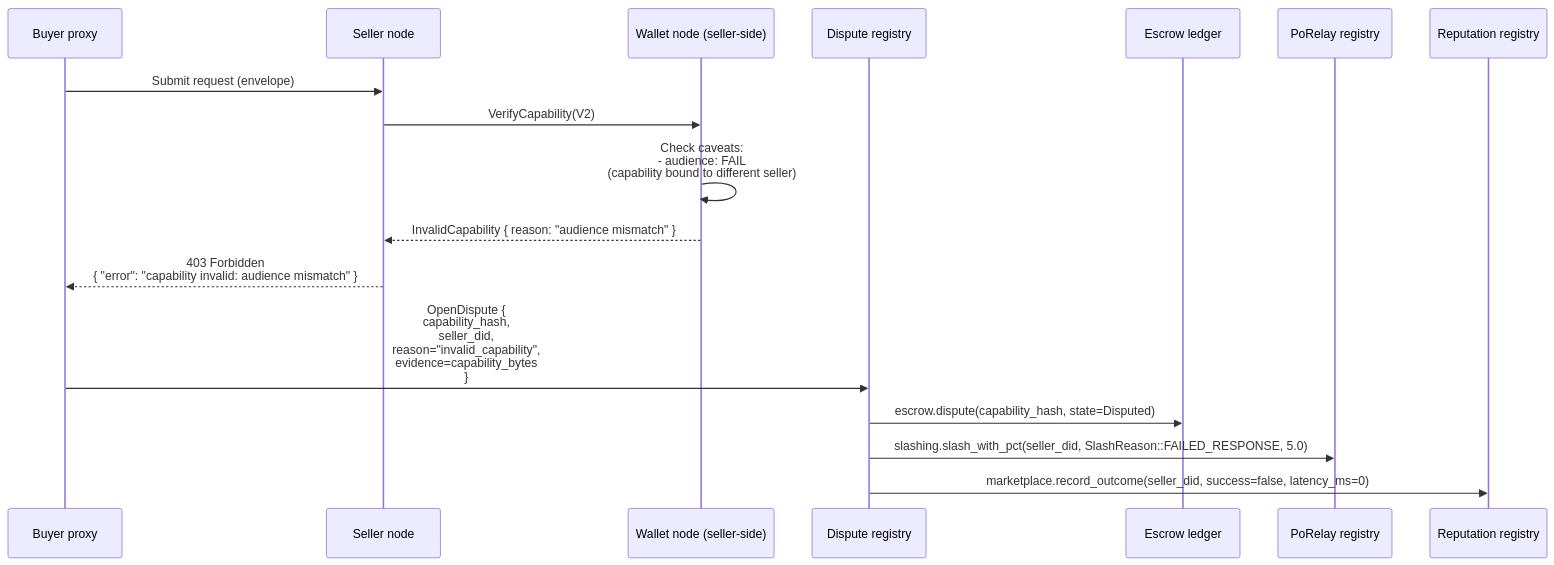
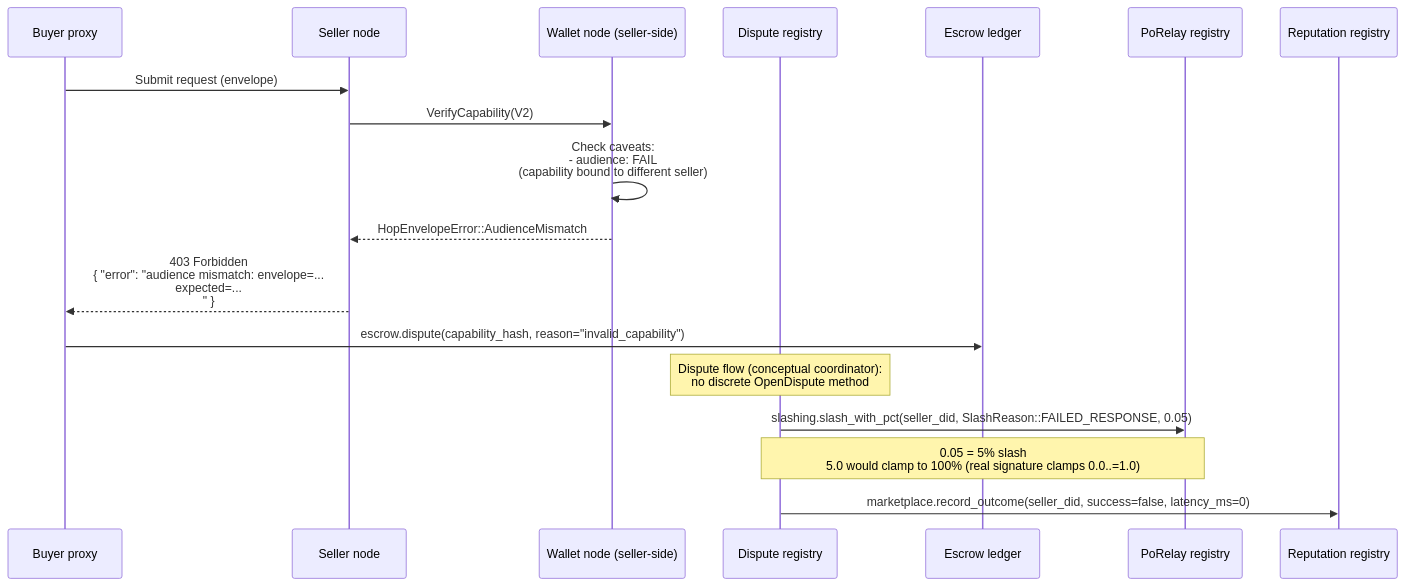
Diagram 13 of 14 in docs/architecture/end-to-end-scenarios.md (CipherOcto/cipherocto), drawn with Mermaid before and after one commit. The commit also changed other lines of this file, not shown here.

````diff
--- a/docs/architecture/end-to-end-scenarios.md
+++ b/docs/architecture/end-to-end-scenarios.md
@@ -570,21 +570,22 @@
 ```mermaid
 sequenceDiagram
     participant P0 as Buyer proxy
     participant SN as Seller node
     participant W as Wallet node (seller-side)
     participant D as Dispute registry
     participant E as Escrow ledger
     participant ST as PoRelay registry
     participant RR as Reputation registry
 
     P0->>SN: Submit request (envelope)
     SN->>W: VerifyCapability(V2)
     W->>W: Check caveats:<br/>  - audience: FAIL<br/>(capability bound to different seller)
-    W-->>SN: InvalidCapability { reason: "audience mismatch" }
-    SN-->>P0: 403 Forbidden<br/>{ "error": "capability invalid: audience mismatch" }
+    W-->>SN: HopEnvelopeError::AudienceMismatch
+    SN-->>P0: 403 Forbidden<br/>{ "error": "audience mismatch: envelope=...<br/>  expected=...<br/>" }
 
-    P0->>D: OpenDispute {<br/>  capability_hash,<br/>  seller_did,<br/>  reason="invalid_capability",<br/>  evidence=capability_bytes<br/>}
-    D->>E: escrow.dispute(capability_hash, state=Disputed)
-    D->>ST: slashing.slash_with_pct(seller_did, SlashReason::FAILED_RESPONSE, 5.0)
+    P0->>E: escrow.dispute(capability_hash, reason="invalid_capability")
+    Note over D: Dispute flow (conceptual coordinator):<br/>no discrete OpenDispute method
+    D->>ST: slashing.slash_with_pct(seller_did, SlashReason::FAILED_RESPONSE, 0.05)
+    Note over D,ST: 0.05 = 5% slash<br/>5.0 would clamp to 100% (real signature clamps 0.0..=1.0)
     D->>RR: marketplace.record_outcome(seller_did, success=false, latency_ms=0)
 ```
````
